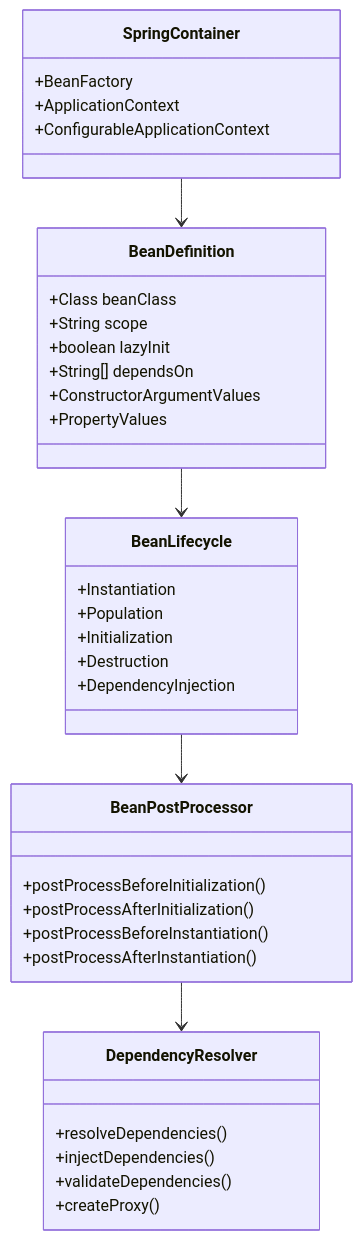
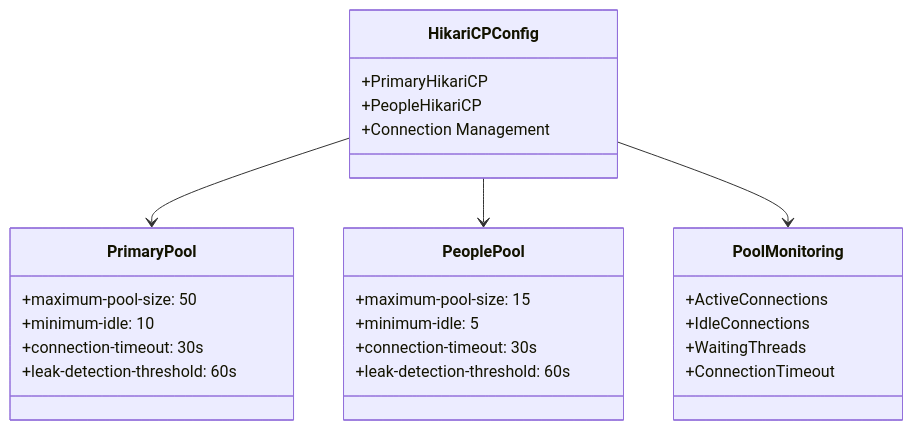
Before and after one commit to Vinskao/ty-multiverse-backend: the fifth of 10 diagrams in README.md, drawn with Mermaid. The commit also changed other lines of this file and 6 other files, not shown here.

````diff
--- a/README.md
+++ b/README.md
@@ -329,44 +157,33 @@
 ```mermaid
 classDiagram
-    class SpringContainer {
-        +BeanFactory
-        +ApplicationContext
-        +ConfigurableApplicationContext
+    class HikariCPConfig {
+        +PrimaryHikariCP
+        +PeopleHikariCP
+        +Connection Management
     }
     
-    class BeanDefinition {
-        +Class<?> beanClass
-        +String scope
-        +boolean lazyInit
-        +String[] dependsOn
-        +ConstructorArgumentValues
-        +PropertyValues
+    class PrimaryPool {
+        +maximum-pool-size: 50
+        +minimum-idle: 10
+        +connection-timeout: 30s
+        +leak-detection-threshold: 60s
     }
     
-    class BeanLifecycle {
-        +Instantiation
-        +Population
-        +Initialization
-        +Destruction
-        +DependencyInjection
+    class PeoplePool {
+        +maximum-pool-size: 15
+        +minimum-idle: 5
+        +connection-timeout: 30s
+        +leak-detection-threshold: 60s
     }
     
-    class BeanPostProcessor {
-        +postProcessBeforeInitialization()
-        +postProcessAfterInitialization()
-        +postProcessBeforeInstantiation()
-        +postProcessAfterInstantiation()
+    class PoolMonitoring {
+        +ActiveConnections
+        +IdleConnections
+        +WaitingThreads
+        +ConnectionTimeout
     }
     
-    class DependencyResolver {
-        +resolveDependencies()
-        +injectDependencies()
-        +validateDependencies()
-        +createProxy()
-    }
-    
-    SpringContainer --> BeanDefinition
-    BeanDefinition --> BeanLifecycle
-    BeanLifecycle --> BeanPostProcessor
-    BeanPostProcessor --> DependencyResolver
+    HikariCPConfig --> PrimaryPool
+    HikariCPConfig --> PeoplePool
+    HikariCPConfig --> PoolMonitoring
 ```
````
